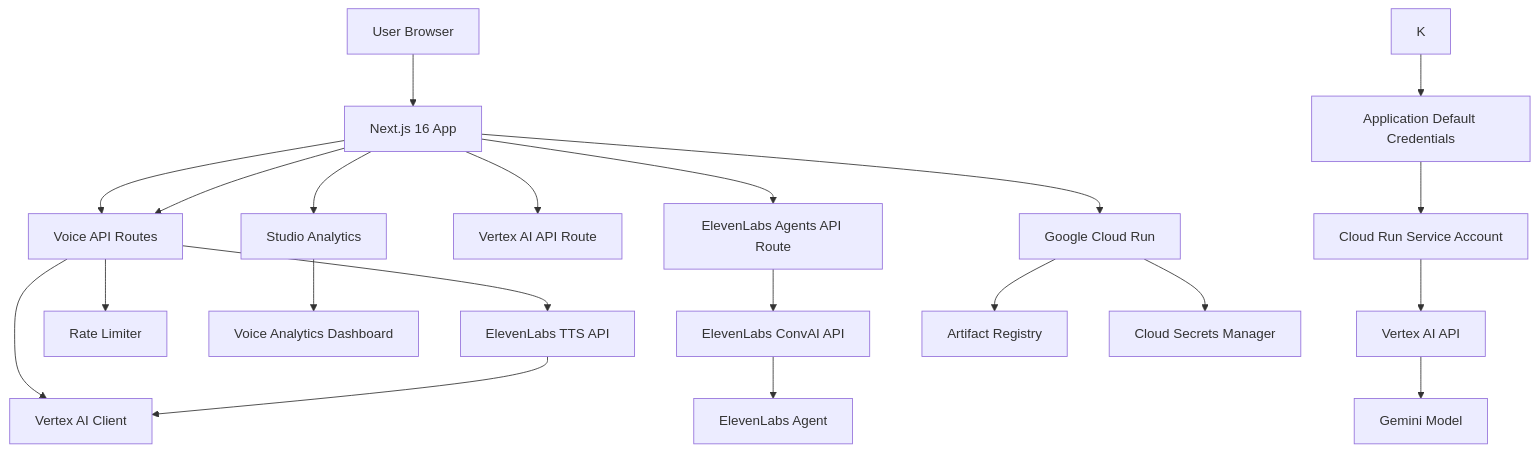
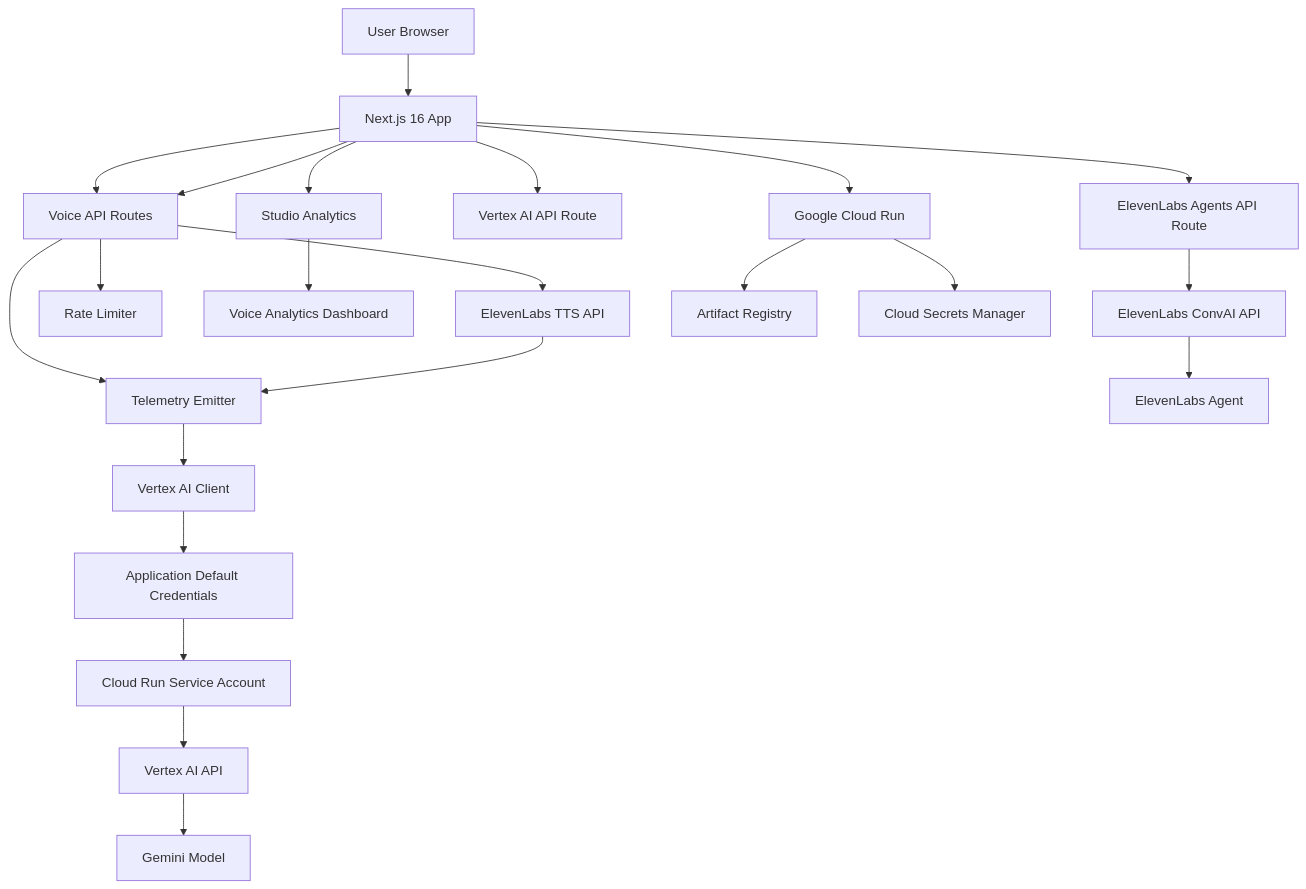
The diagram in README.md (sofus-deng/lessonarcade), drawn with Mermaid before and after one commit. The commit also changed other lines of this file and 14 other files, not shown here.

````diff
--- a/README.md
+++ b/README.md
@@ -381,22 +407,23 @@
 ```mermaid
 graph TB
     A[User Browser] --> B[Next.js 16 App]
     B --> C[Voice API Routes]
     B --> D[Studio Analytics]
     B --> E[Vertex AI API Route]
     B --> F[ElevenLabs Agents API Route]
     B --> C --> G[ElevenLabs TTS API]
     C --> H[Rate Limiter]
     C --> I[Telemetry Emitter]
     D --> J[Voice Analytics Dashboard]
-    G --> I[Vertex AI Client]
+    G --> I
+    I --> K[Vertex AI Client]
     K --> L[Application Default Credentials]
     L --> M[Cloud Run Service Account]
     M --> N[Vertex AI API]
     N --> O[Gemini Model]
     F --> P[ElevenLabs ConvAI API]
     P --> Q[ElevenLabs Agent]
     B --> R[Google Cloud Run]
     R --> S[Artifact Registry]
     R --> T[Cloud Secrets Manager]
 ```
````
